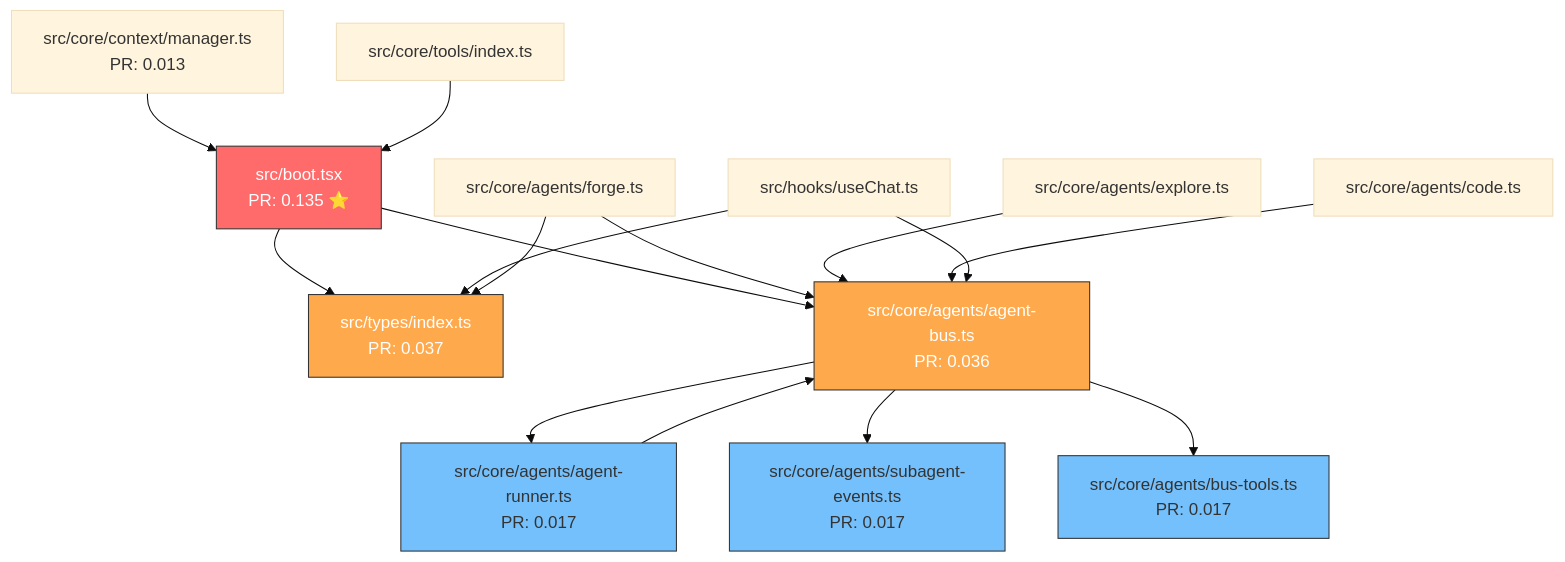
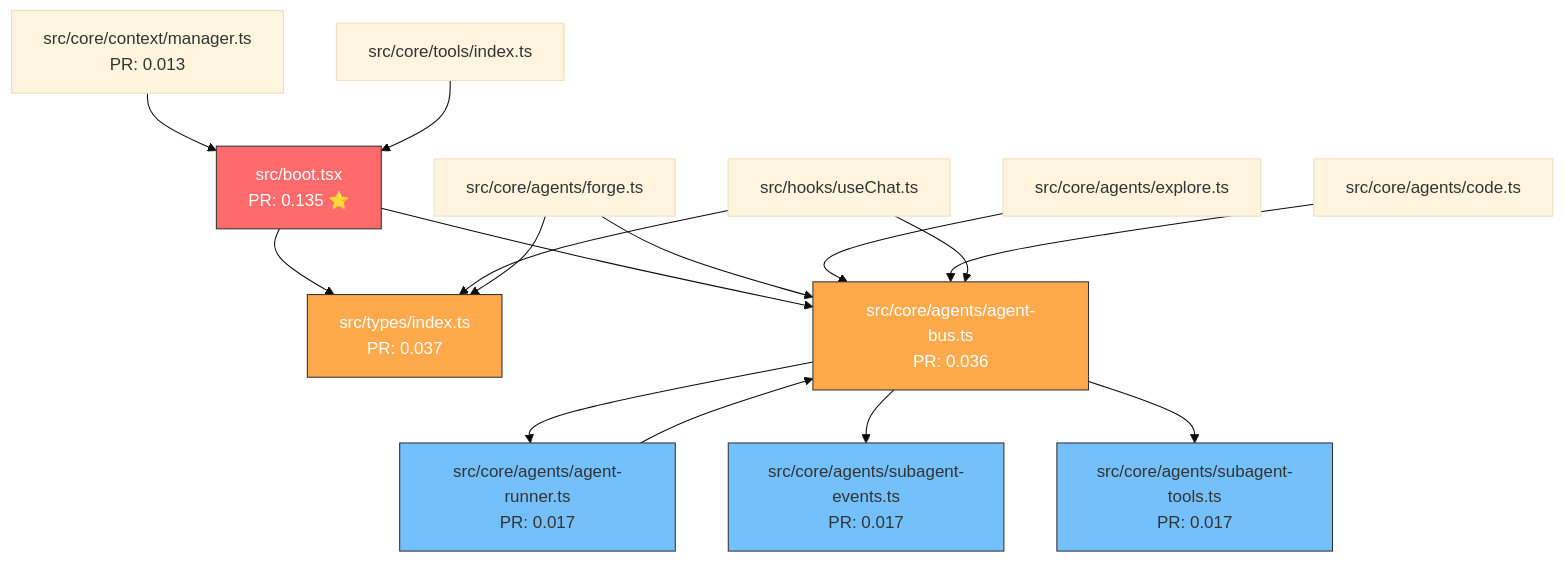
One commit to byeugenius/soulforge changed the first of 2 diagrams in docs/repo-map-visual.md. Above: the diagram before and after it, drawn with Mermaid (base theme). The commit also changed other lines of this file and 8 other files, not shown here.

First line of the commit message:
docs: refresh for spark/ember architecture + screenshot update

````diff
--- a/docs/repo-map-visual.md
+++ b/docs/repo-map-visual.md
@@ -61,37 +61,37 @@
 ```mermaid
 graph TD
     BOOT["src/boot.tsx<br/>PR: 0.135 ⭐"]
     TYPES["src/types/index.ts<br/>PR: 0.037"]
     BUS["src/core/agents/agent-bus.ts<br/>PR: 0.036"]
     RUNNER["src/core/agents/agent-runner.ts<br/>PR: 0.017"]
     EVENTS["src/core/agents/subagent-events.ts<br/>PR: 0.017"]
-    BUSTOOLS["src/core/agents/bus-tools.ts<br/>PR: 0.017"]
+    BUSTOOLS["src/core/agents/subagent-tools.ts<br/>PR: 0.017"]
     FORGE["src/core/agents/forge.ts"]
     EXPLORE["src/core/agents/explore.ts"]
     CODE["src/core/agents/code.ts"]
     CTX["src/core/context/manager.ts<br/>PR: 0.013"]
     TOOLS["src/core/tools/index.ts"]
     CHAT["src/hooks/useChat.ts"]
 
     BOOT --> TYPES
     BOOT --> BUS
     BUS --> RUNNER
     BUS --> EVENTS
     BUS --> BUSTOOLS
     RUNNER --> BUS
     FORGE --> BUS
     EXPLORE --> BUS
     CODE --> BUS
     CTX --> BOOT
     TOOLS --> BOOT
     CHAT --> BUS
     CHAT --> TYPES
     FORGE --> TYPES
 
     style BOOT fill:#ff6b6b,stroke:#333,color:#fff
     style TYPES fill:#ffa94d,stroke:#333,color:#fff
     style BUS fill:#ffa94d,stroke:#333,color:#fff
     style RUNNER fill:#74c0fc,stroke:#333
     style EVENTS fill:#74c0fc,stroke:#333
     style BUSTOOLS fill:#74c0fc,stroke:#333
 ```
````
